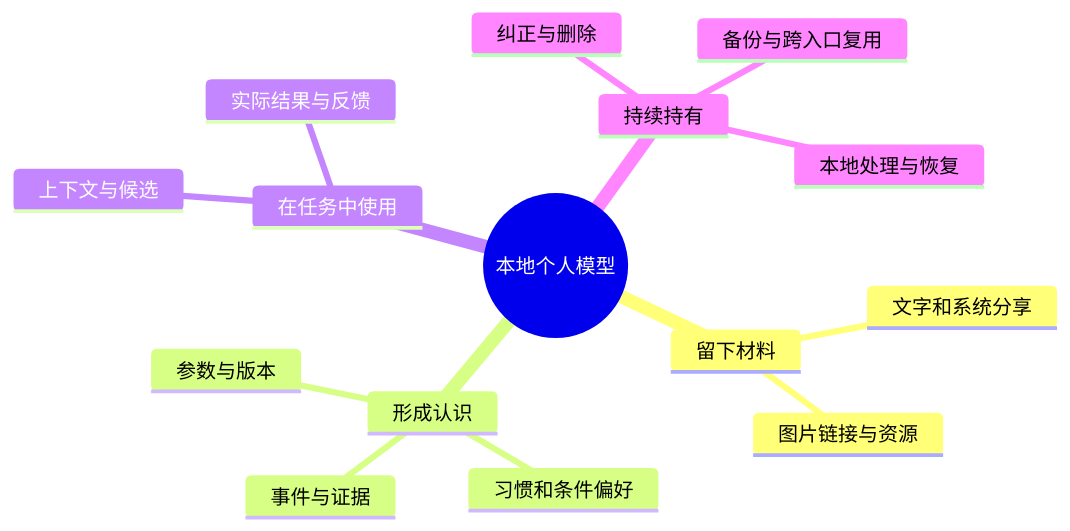
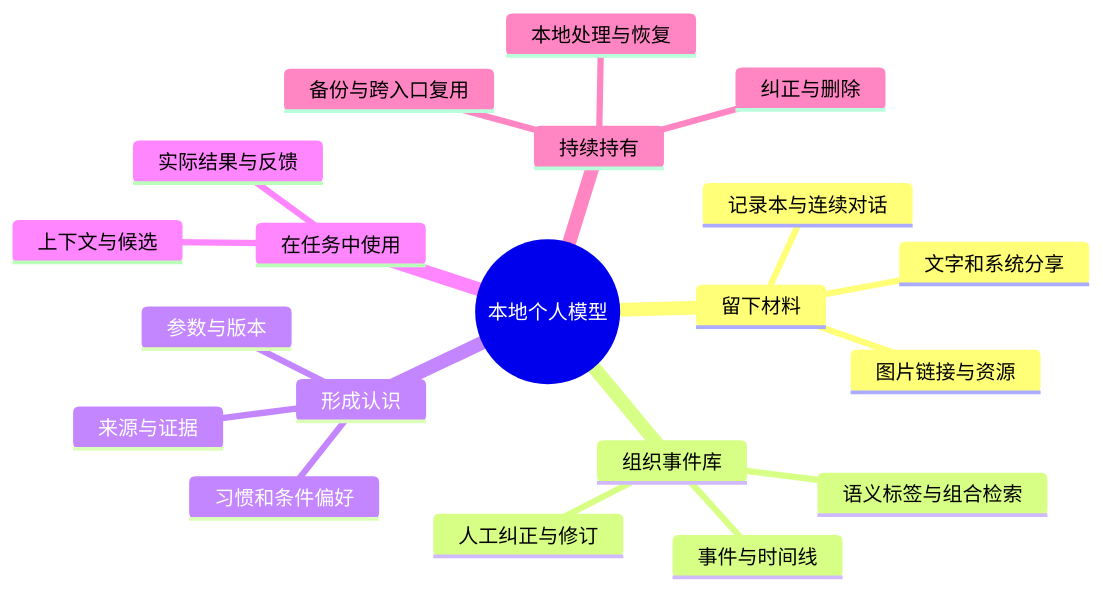
The first of 3 diagrams in homework/team/task5/ans/prd.md (155TuT/2601-fzu-SoftwareEngineering-YuezhongWu), drawn with Mermaid before and after one commit. The commit also changed other lines of this file and 1 other file, not shown here.

````diff
--- a/homework/team/task5/ans/prd.md
+++ b/homework/team/task5/ans/prd.md
@@ -78,18 +81,23 @@
 ```mermaid
 mindmap
   root((本地个人模型))
     留下材料
       文字和系统分享
       图片链接与资源
+      记录本与连续对话
+    组织事件库
+      事件与时间线
+      语义标签与组合检索
+      人工纠正与修订
     形成认识
-      事件与证据
+      来源与证据
       习惯和条件偏好
       参数与版本
     在任务中使用
       上下文与候选
       实际结果与反馈
     持续持有
       纠正与删除
       本地处理与恢复
       备份与跨入口复用
 ```
````
